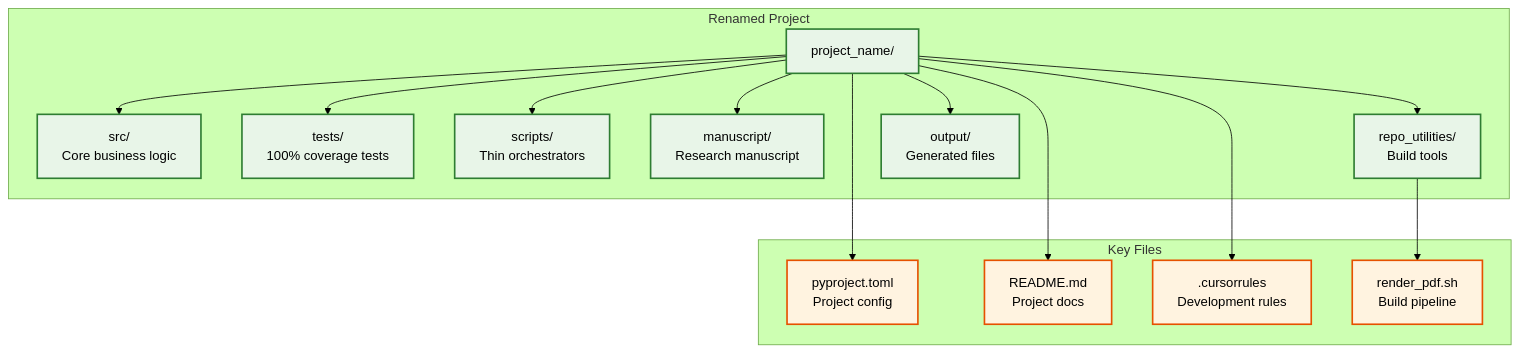
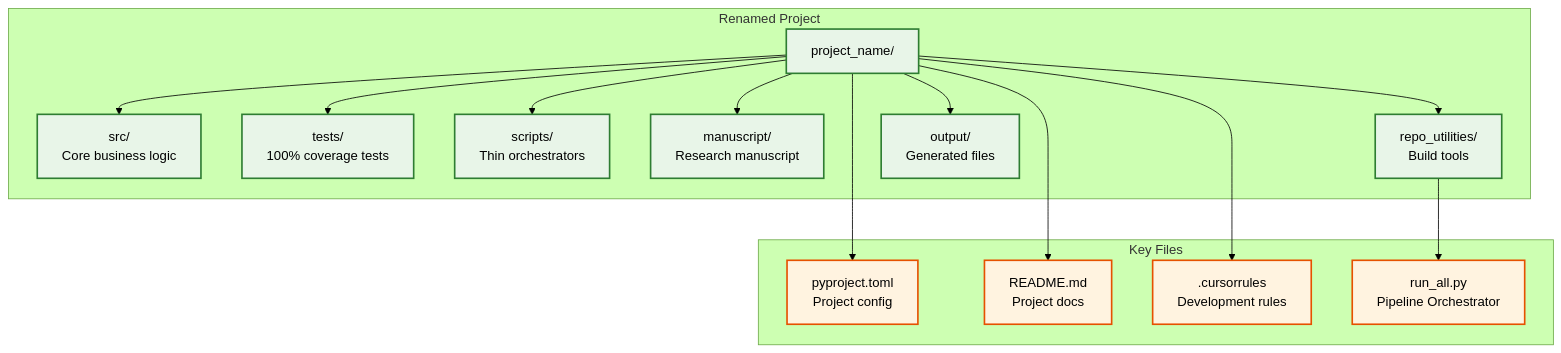
The first of 2 diagrams in docs/EXAMPLES.md (docxology/template), drawn with Mermaid (forest theme) before and after one commit. The commit also changed other lines of this file and 176 other files, not shown here.

````diff
--- a/docs/EXAMPLES.md
+++ b/docs/EXAMPLES.md
@@ -75,37 +75,37 @@
 ```mermaid
 graph TB
     subgraph "Renamed Project"
         ROOT[project_name/]
         SRC[src/<br/>Core business logic]
         TESTS[tests/<br/>100% coverage tests]
         SCRIPTS[scripts/<br/>Thin orchestrators]
         MANUSCRIPT[manuscript/<br/>Research manuscript]
         REPO_UTILS[repo_utilities/<br/>Build tools]
         OUTPUT[output/<br/>Generated files]
     end
     
     subgraph "Key Files"
         PYPROJECT[pyproject.toml<br/>Project config]
         README[README.md<br/>Project docs]
         CURSORRULES[.cursorrules<br/>Development rules]
-        RENDER[render_pdf.sh<br/>Build pipeline]
+        RENDER[run_all.py<br/>Pipeline Orchestrator]
     end
     
     ROOT --> SRC
     ROOT --> TESTS
     ROOT --> SCRIPTS
     ROOT --> MANUSCRIPT
     ROOT --> REPO_UTILS
     ROOT --> OUTPUT
     
     ROOT --> PYPROJECT
     ROOT --> README
     ROOT --> CURSORRULES
     REPO_UTILS --> RENDER
     
     classDef dir fill:#e8f5e8,stroke:#2e7d32,stroke-width:2px
     classDef file fill:#fff3e0,stroke:#e65100,stroke-width:2px
     
     class ROOT,SRC,TESTS,SCRIPTS,MANUSCRIPT,REPO_UTILS,OUTPUT dir
     class PYPROJECT,README,CURSORRULES,RENDER file
 ```
````
